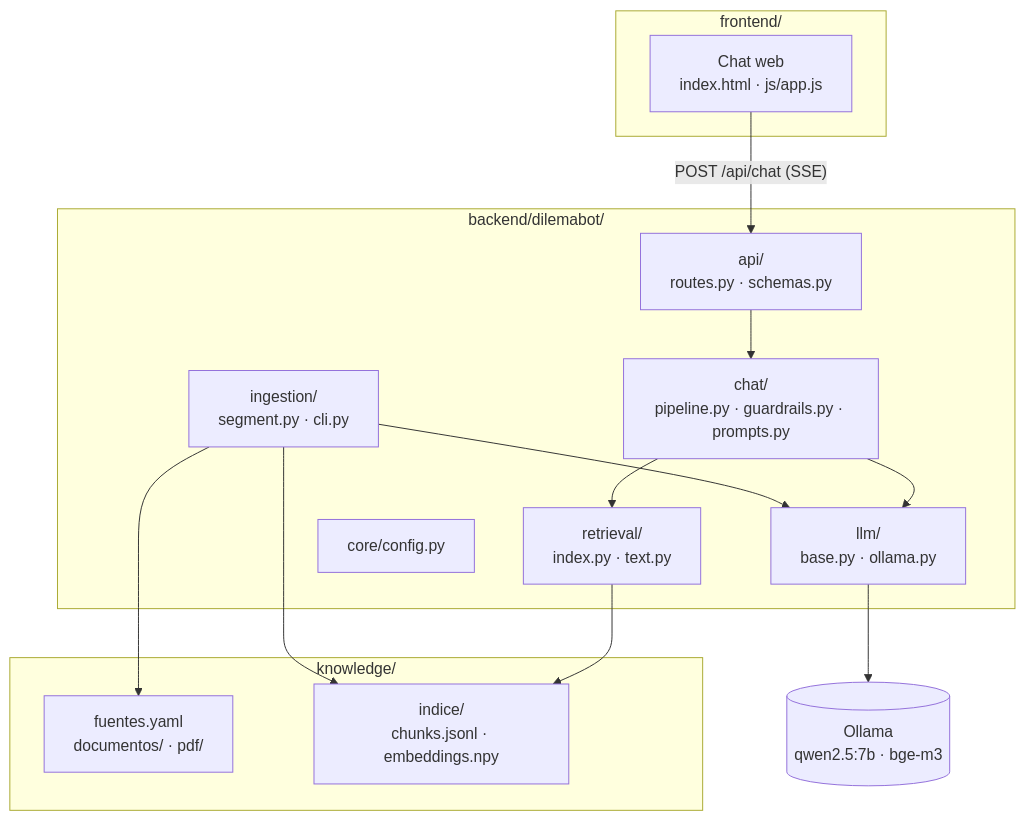
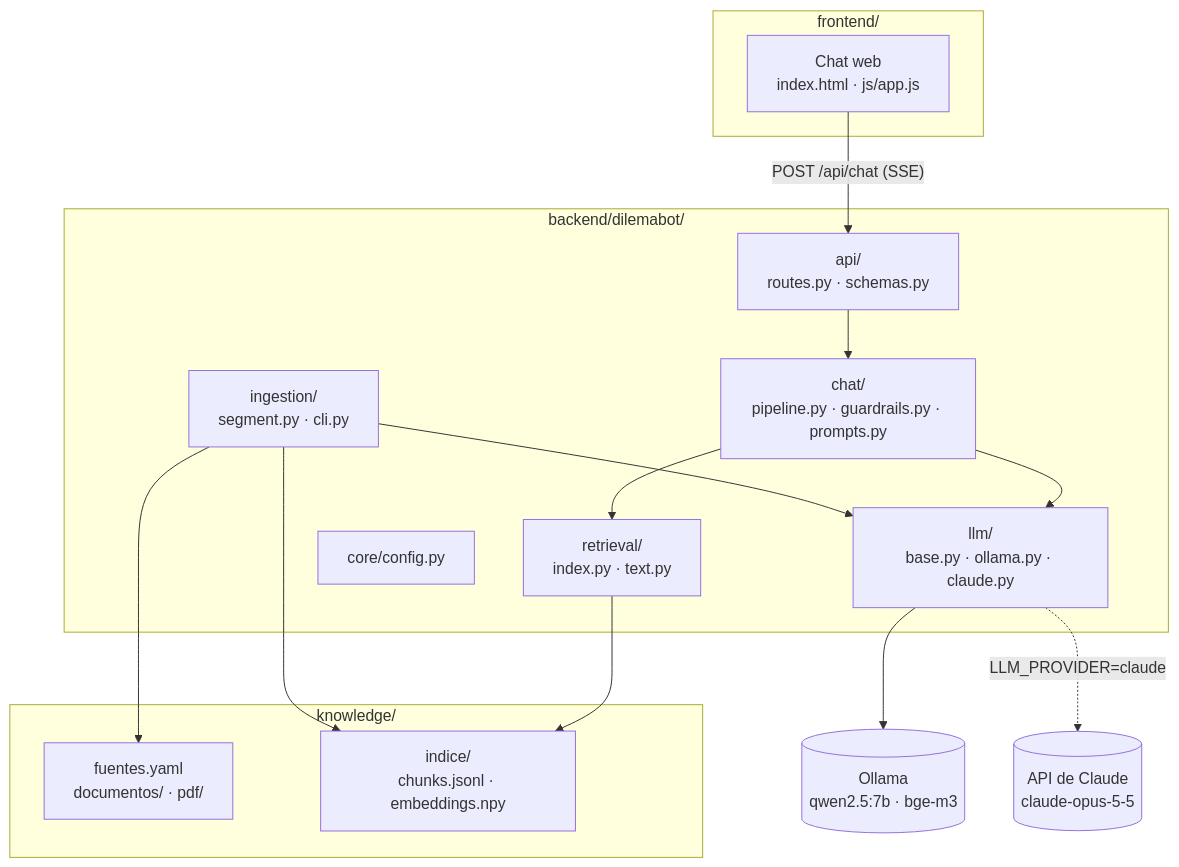
The first of 2 diagrams in docs/arquitectura.md (JU4NSCV/ChatBot-IA), drawn with Mermaid before and after one commit. The commit also changed other lines of this file and 8 other files, not shown here.

````diff
--- a/docs/arquitectura.md
+++ b/docs/arquitectura.md
@@ -9,29 +9,31 @@
 ```mermaid
 flowchart TB
     subgraph FE["frontend/"]
         UI["Chat web<br/>index.html · js/app.js"]
     end
     subgraph BE["backend/dilemabot/"]
         API["api/<br/>routes.py · schemas.py"]
         CHAT["chat/<br/>pipeline.py · guardrails.py · prompts.py"]
         RET["retrieval/<br/>index.py · text.py"]
-        LLM["llm/<br/>base.py · ollama.py"]
+        LLM["llm/<br/>base.py · ollama.py · claude.py"]
         ING["ingestion/<br/>segment.py · cli.py"]
         CORE["core/config.py"]
     end
     subgraph KB["knowledge/"]
         SRC["fuentes.yaml<br/>documentos/ · pdf/"]
         IDX["indice/<br/>chunks.jsonl · embeddings.npy"]
     end
     OLL[("Ollama<br/>qwen2.5:7b · bge-m3")]
+    CLA[("API de Claude<br/>claude-opus-5-5")]
 
     UI -- "POST /api/chat (SSE)" --> API
     API --> CHAT
     CHAT --> RET
     CHAT --> LLM
     RET --> IDX
     LLM --> OLL
+    LLM -. LLM_PROVIDER=claude .-> CLA
     ING --> SRC
     ING --> LLM
     ING --> IDX
 ```
````
